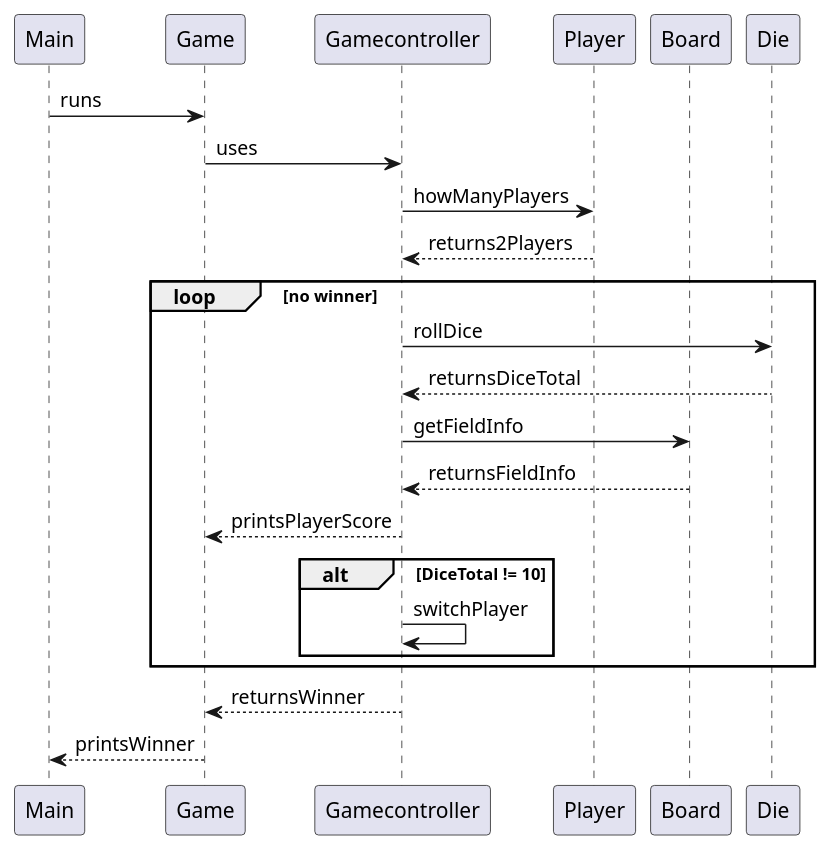
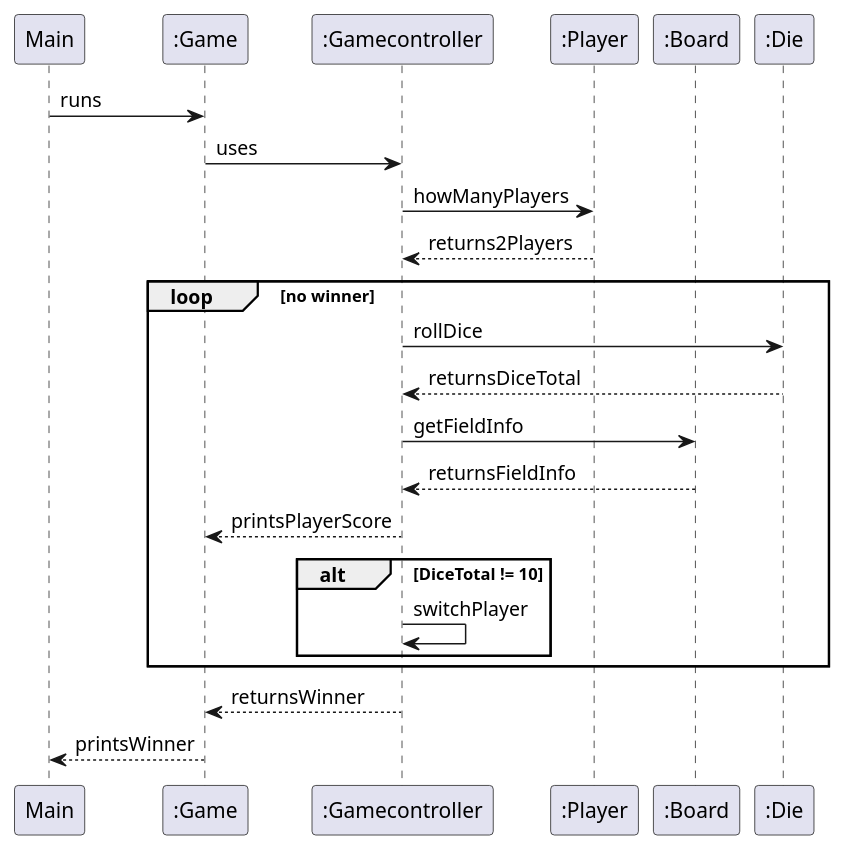
Before and after one commit to fmerlung/G05_del2: the diagram in models/SystemSequenceDiagram.puml, drawn with PlantUML.

Commit message:
updated SequenceDiagram

```diff
--- a/models/SystemSequenceDiagram.puml
+++ b/models/SystemSequenceDiagram.puml
@@ -1,29 +1,29 @@
 @startuml
 
 
 participant Main
-participant Game
-participant Gamecontroller
-participant Player
-participant Board
-participant Die
+participant ":Game"
+participant ":Gamecontroller"
+participant ":Player"
+participant ":Board"
+participant ":Die"
 
 
-Main -> Game : runs
-Game -> Gamecontroller : uses
-Gamecontroller -> Player : howManyPlayers
-Player --> Gamecontroller : returns2Players
+Main -> ":Game" : runs
+":Game" -> ":Gamecontroller" : uses
+":Gamecontroller" -> ":Player" : howManyPlayers
+":Player" --> ":Gamecontroller" : returns2Players
 loop no winner
-Gamecontroller -> Die : rollDice
-Die --> Gamecontroller : returnsDiceTotal
-Gamecontroller -> Board : getFieldInfo
-Board --> Gamecontroller : returnsFieldInfo
-Gamecontroller --> Game : printsPlayerScore
+":Gamecontroller" -> ":Die" : rollDice
+":Die" --> ":Gamecontroller" : returnsDiceTotal
+":Gamecontroller"-> ":Board" : getFieldInfo
+":Board" --> ":Gamecontroller" : returnsFieldInfo
+":Gamecontroller"--> ":Game" : printsPlayerScore
 alt DiceTotal != 10
-Gamecontroller -> Gamecontroller : switchPlayer
+":Gamecontroller" -> ":Gamecontroller" : switchPlayer
 end
 end
-Gamecontroller --> Game : returnsWinner
-Game --> Main : printsWinner
+":Gamecontroller" --> ":Game" : returnsWinner
+":Game" --> Main : printsWinner
 
 @enduml
```
